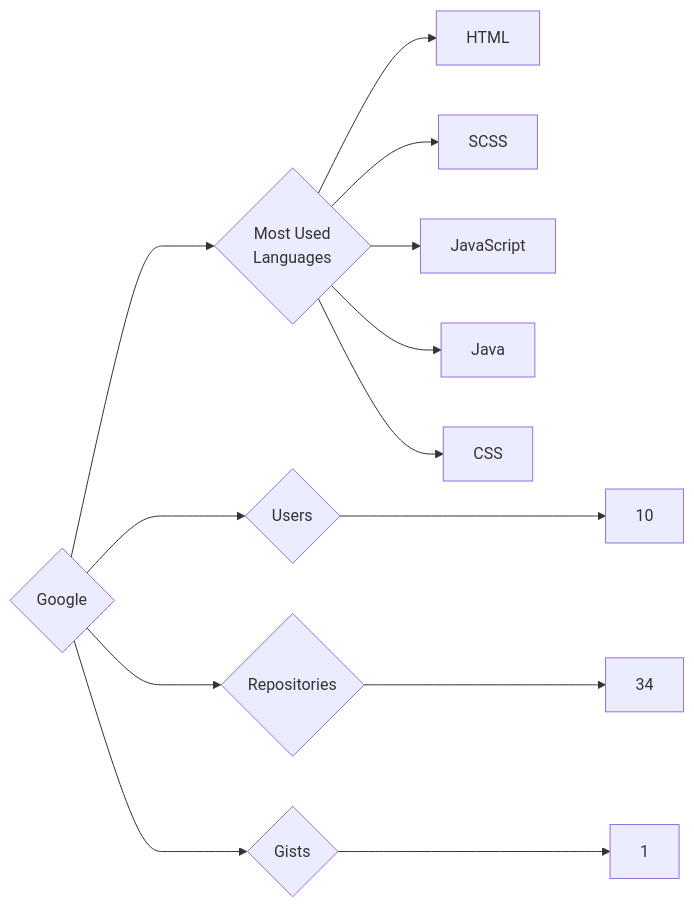
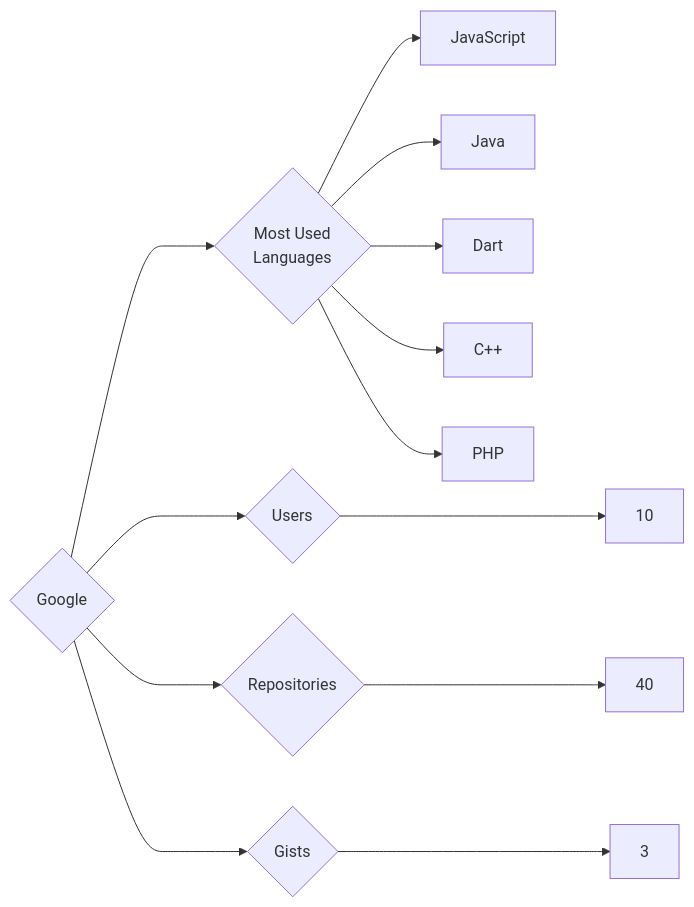
Before and after one commit to trickest/insiders: the diagram in targets/Google/README.md, drawn with Mermaid. The commit also changed 1212 other files, not shown here.

````diff
--- a/targets/Google/README.md
+++ b/targets/Google/README.md
@@ -3,13 +3,13 @@
 ```mermaid
 graph LR
 COMPANY_NAME{Google}
 COMPANY_NAME ---> U{Users} ---> UN[10]
-COMPANY_NAME ---> R{Repositories} ---> RN[34]
-COMPANY_NAME ---> G{Gists} ---> GN[1]
+COMPANY_NAME ---> R{Repositories} ---> RN[40]
+COMPANY_NAME ---> G{Gists} ---> GN[3]
 COMPANY_NAME ---> ML{Most Used<br>Languages}
-ML --> HTML[HTML]
-ML --> SCSS[SCSS]
 ML --> JavaScript[JavaScript]
 ML --> Java[Java]
-ML --> CSS[CSS]
+ML --> Dart[Dart]
+ML --> C++[C++]
+ML --> PHP[PHP]
 ```
````
